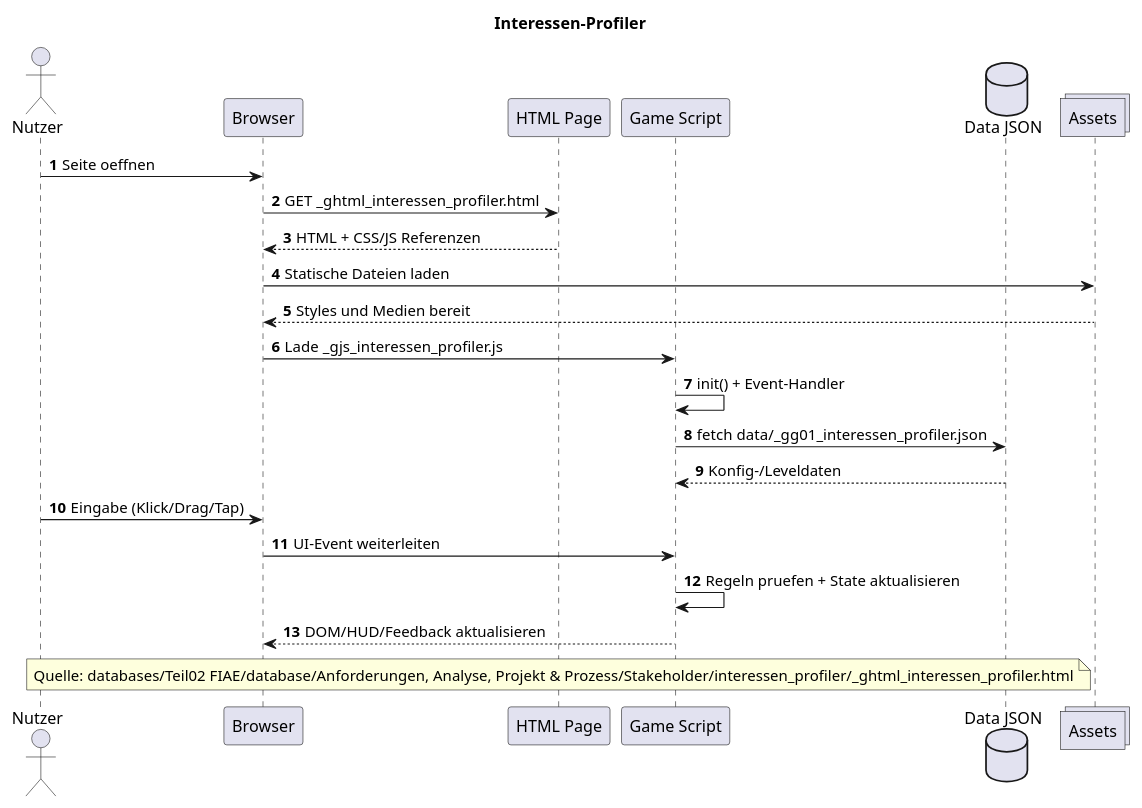
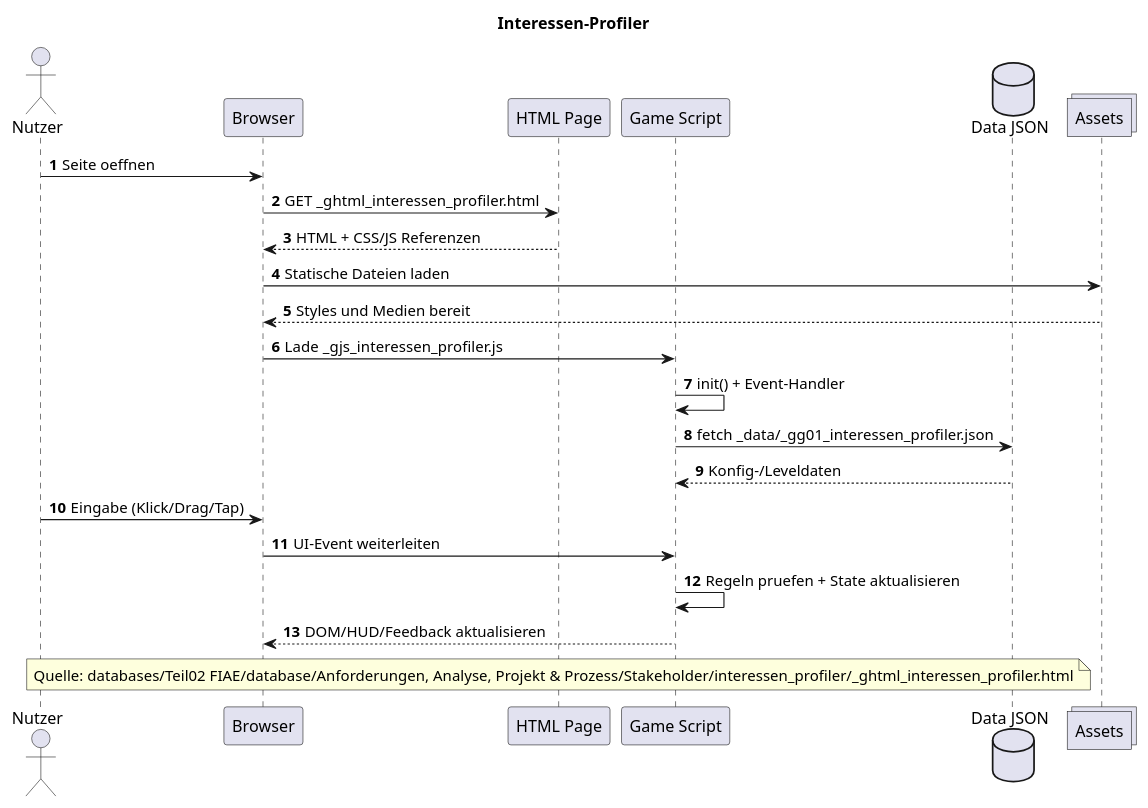
The diagram in databases/Teil02 FIAE/database/Anforderungen, Analyse, Projekt & Prozess/Stakeholder/interessen_profiler/__dokumentation/__02_plans/__sequence_diagram.puml (Thor-the-Dwarf/easyPV), drawn with PlantUML before and after one commit. The commit also changed 1258 other files, not shown here.

```diff
--- a/databases/Teil02 FIAE/database/Anforderungen, Analyse, Projekt & Prozess/Stakeholder/interessen_profiler/__dokumentation/__02_plans/__sequence_diagram.puml
+++ b/databases/Teil02 FIAE/database/Anforderungen, Analyse, Projekt & Prozess/Stakeholder/interessen_profiler/__dokumentation/__02_plans/__sequence_diagram.puml
@@ -1,29 +1,29 @@
 @startuml
  title Interessen-Profiler
  autonumber
  actor Nutzer
  participant Browser
  participant "HTML Page" as Page
  participant "Game Script" as Game
  database "Data JSON" as Data
  collections "Assets" as Assets
  
  Nutzer -> Browser: Seite oeffnen
  Browser -> Page: GET _ghtml_interessen_profiler.html
  Page --> Browser: HTML + CSS/JS Referenzen
  Browser -> Assets: Statische Dateien laden
  Assets --> Browser: Styles und Medien bereit
  Browser -> Game: Lade _gjs_interessen_profiler.js
  Game -> Game: init() + Event-Handler
- Game -> Data: fetch data/_gg01_interessen_profiler.json
+ Game -> Data: fetch _data/_gg01_interessen_profiler.json
  Data --> Game: Konfig-/Leveldaten
  
  Nutzer -> Browser: Eingabe (Klick/Drag/Tap)
  Browser -> Game: UI-Event weiterleiten
  Game -> Game: Regeln pruefen + State aktualisieren
  Game --> Browser: DOM/HUD/Feedback aktualisieren
  
  note over Page
  Quelle: databases/Teil02 FIAE/database/Anforderungen, Analyse, Projekt & Prozess/Stakeholder/interessen_profiler/_ghtml_interessen_profiler.html
  end note
 @enduml
```
